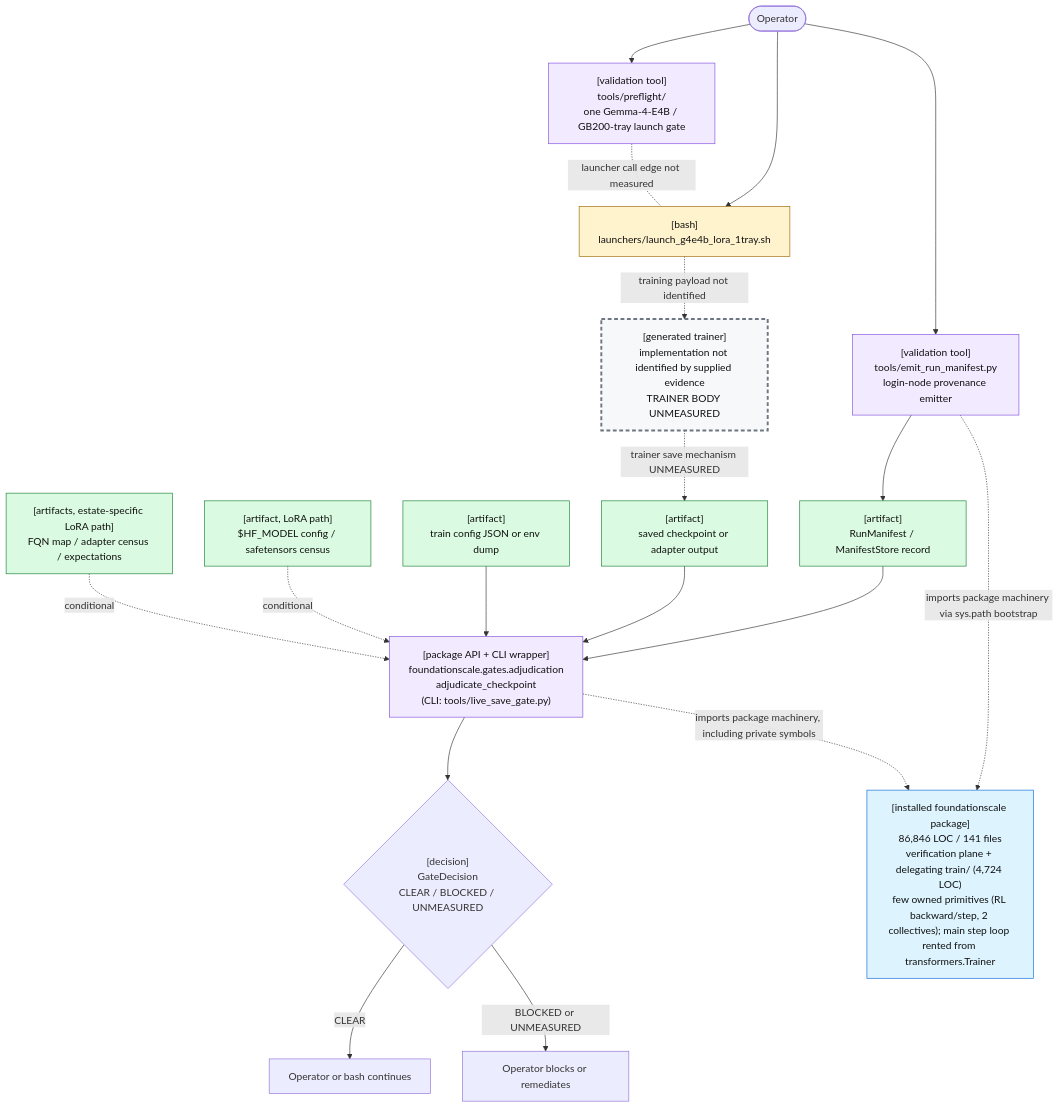
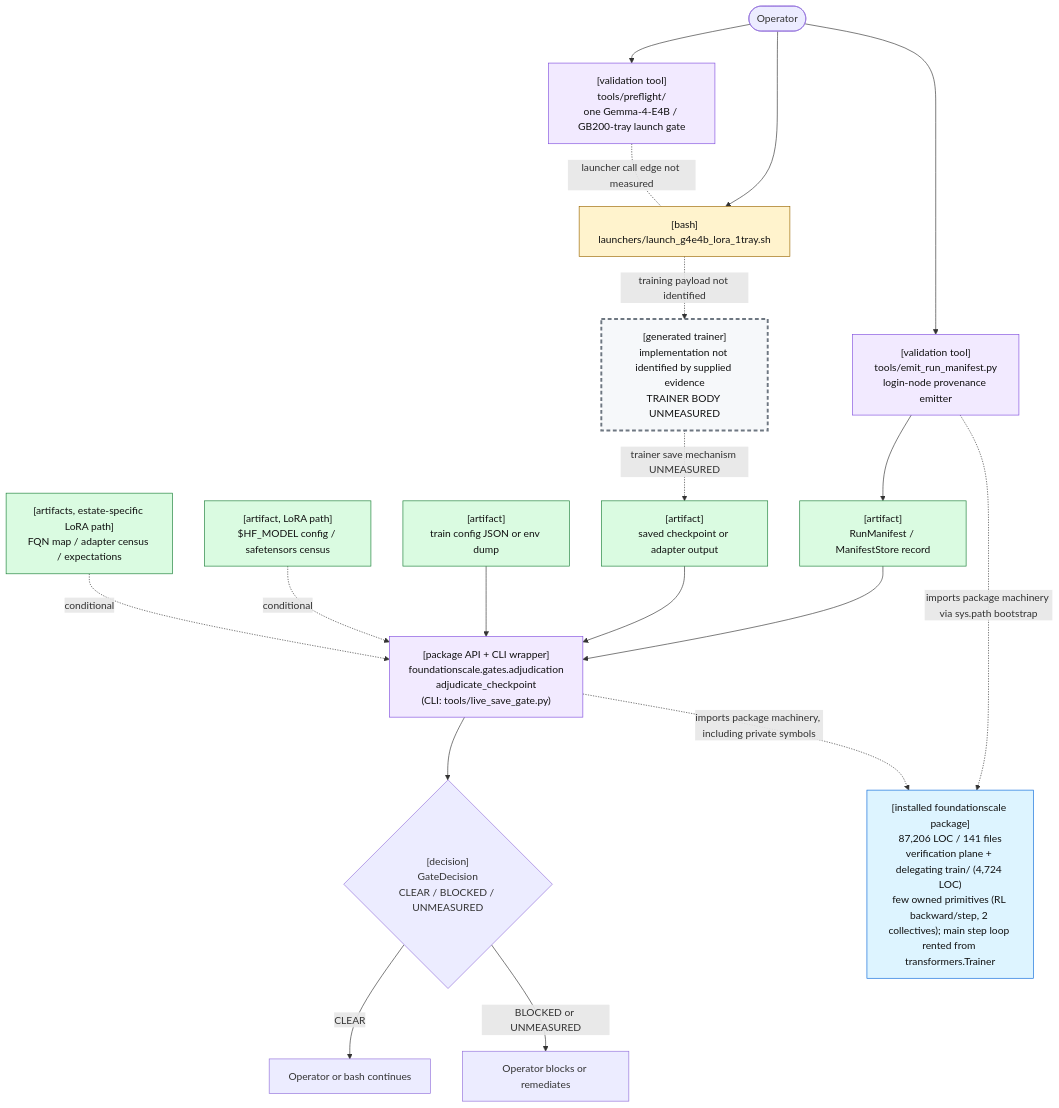
The first of 2 diagrams in docs/review/D2_current_architecture.md (TranNhiem/FoundationScale), drawn with Mermaid before and after one commit. The commit also changed other lines of this file and 10 other files, not shown here.

````diff
--- a/docs/review/D2_current_architecture.md
+++ b/docs/review/D2_current_architecture.md
@@ -25,59 +25,59 @@
 ```mermaid
 flowchart TB
   O(["Operator"])
 
   PF["[validation tool]<br/>tools/preflight/<br/>one Gemma-4-E4B / GB200-tray launch gate"]
   L["[bash]<br/>launchers/launch_g4e4b_lora_1tray.sh"]
 
   E["[validation tool]<br/>tools/emit_run_manifest.py<br/>login-node provenance emitter"]
   M["[artifact]<br/>RunManifest / ManifestStore record"]
 
   T["[generated trainer]<br/>implementation not identified by supplied evidence<br/>TRAINER BODY UNMEASURED"]
   C["[artifact]<br/>saved checkpoint or adapter output"]
 
   G["[package API + CLI wrapper]<br/>foundationscale.gates.adjudication<br/>adjudicate_checkpoint<br/>(CLI: tools/live_save_gate.py)"]
   CFG["[artifact]<br/>train config JSON or env dump"]
   BASE["[artifact, LoRA path]<br/>$HF_MODEL config / safetensors census"]
   CEN["[artifacts, estate-specific LoRA path]<br/>FQN map / adapter census / expectations"]
 
   D{"[decision]<br/>GateDecision<br/>CLEAR / BLOCKED / UNMEASURED"}
   OK["Operator or bash continues"]
   NO["Operator blocks or remediates"]
 
-  PKG["[installed foundationscale package]<br/>86,846 LOC / 141 files<br/>verification plane + delegating train/ (4,724 LOC)<br/>few owned primitives (RL backward/step, 2 collectives); main step loop rented from transformers.Trainer"]
+  PKG["[installed foundationscale package]<br/>87,206 LOC / 141 files<br/>verification plane + delegating train/ (4,724 LOC)<br/>few owned primitives (RL backward/step, 2 collectives); main step loop rented from transformers.Trainer"]
 
   O --> PF
   O --> L
   PF -. "launcher call edge not measured" .- L
 
   O --> E
   E --> M
 
   L -. "training payload not identified" .-> T
   T -. "trainer save mechanism UNMEASURED" .-> C
 
   M --> G
   C --> G
   CFG --> G
   BASE -. "conditional" .-> G
   CEN -. "conditional" .-> G
 
   E -. "imports package machinery via sys.path bootstrap" .-> PKG
   G -. "imports package machinery, including private symbols" .-> PKG
 
   G --> D
   D -->|"CLEAR"| OK
   D -->|"BLOCKED or UNMEASURED"| NO
 
   classDef bash fill:#fff3cd,stroke:#9a6700,color:#111;
   classDef tool fill:#f2eaff,stroke:#8250df,color:#111;
   classDef artifact fill:#dafbe1,stroke:#1a7f37,color:#111;
   classDef gap fill:#f6f8fa,stroke:#6e7781,stroke-width:3px,stroke-dasharray: 6 4,color:#111;
   classDef pkg fill:#ddf4ff,stroke:#0969da,color:#111;
 
   class L bash;
   class PF,E,G tool;
   class M,C,CFG,BASE,CEN artifact;
   class T gap;
   class PKG pkg;
 ```
````
